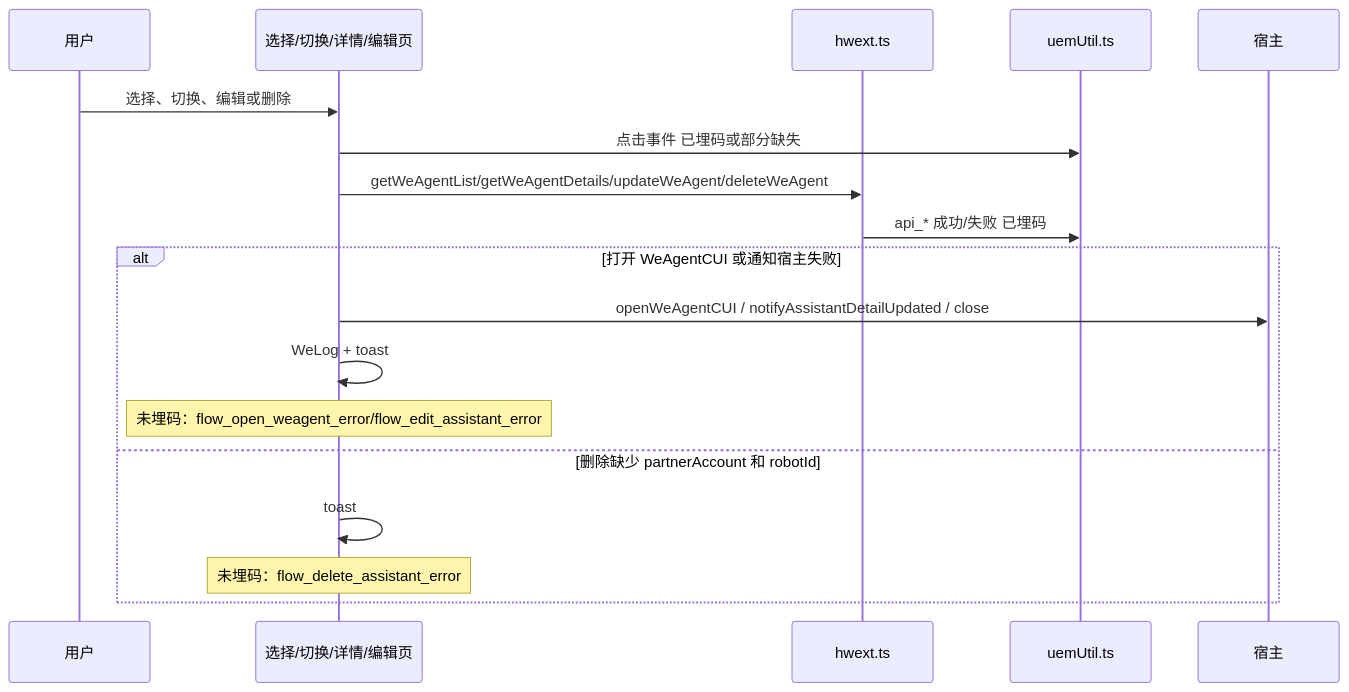
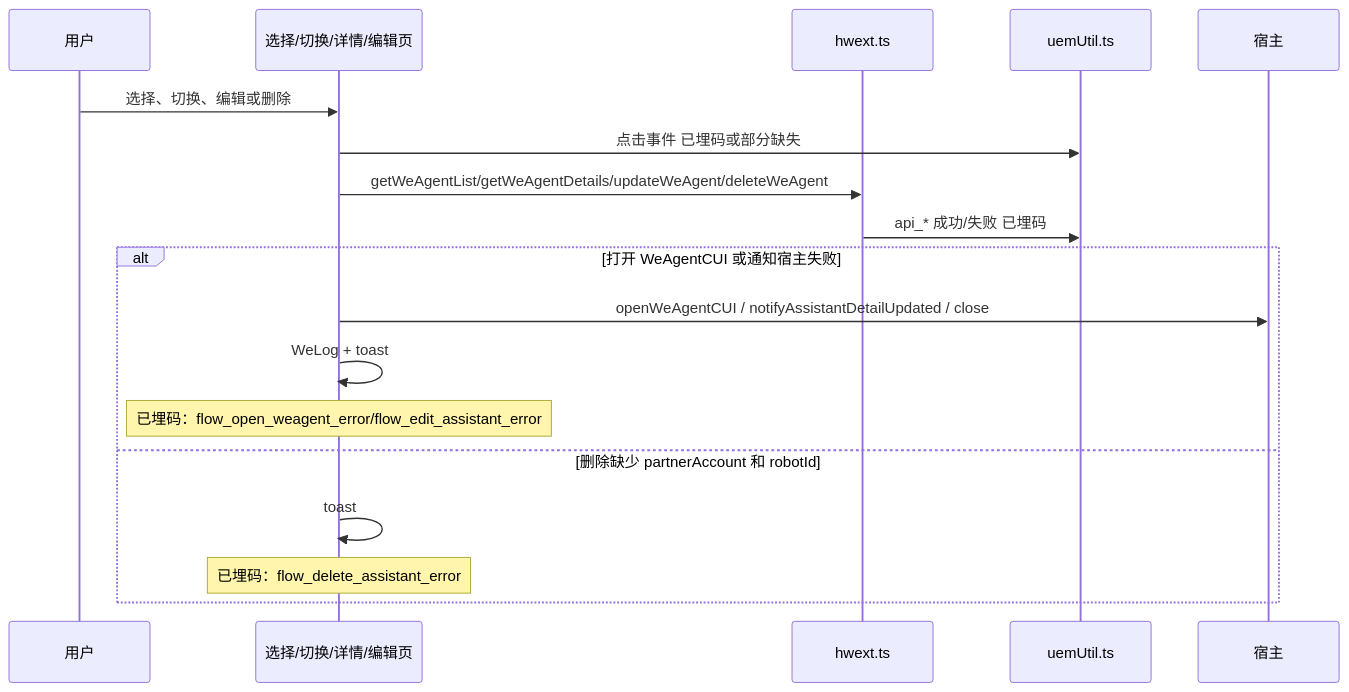
One commit to Abelsjcheng/skillSDK changed the fifth of 5 diagrams in ai-chat-viewer/docs/plans/2026-06-11-ai-chat-viewer-telemetry-inventory-plan.md. Above: the diagram before and after it, drawn with Mermaid. The commit also changed other lines of this file and 12 other files, not shown here.

Commit message:
feat: add core flow error telemetry

````diff
--- a/ai-chat-viewer/docs/plans/2026-06-11-ai-chat-viewer-telemetry-inventory-plan.md
+++ b/ai-chat-viewer/docs/plans/2026-06-11-ai-chat-viewer-telemetry-inventory-plan.md
@@ -158,21 +158,21 @@
 ```mermaid
 sequenceDiagram
     participant User as 用户
     participant Page as 选择/切换/详情/编辑页
     participant SDK as hwext.ts
     participant Uem as uemUtil.ts
     participant Host as 宿主
 
     User->>Page: 选择、切换、编辑或删除
     Page->>Uem: 点击事件 已埋码或部分缺失
     Page->>SDK: getWeAgentList/getWeAgentDetails/updateWeAgent/deleteWeAgent
     SDK->>Uem: api_* 成功/失败 已埋码
     alt 打开 WeAgentCUI 或通知宿主失败
         Page->>Host: openWeAgentCUI / notifyAssistantDetailUpdated / close
         Page->>Page: WeLog + toast
-        Note over Page: 未埋码：flow_open_weagent_error/flow_edit_assistant_error
+        Note over Page: 已埋码：flow_open_weagent_error/flow_edit_assistant_error
     else 删除缺少 partnerAccount 和 robotId
         Page->>Page: toast
-        Note over Page: 未埋码：flow_delete_assistant_error
+        Note over Page: 已埋码：flow_delete_assistant_error
     end
 ```
````
